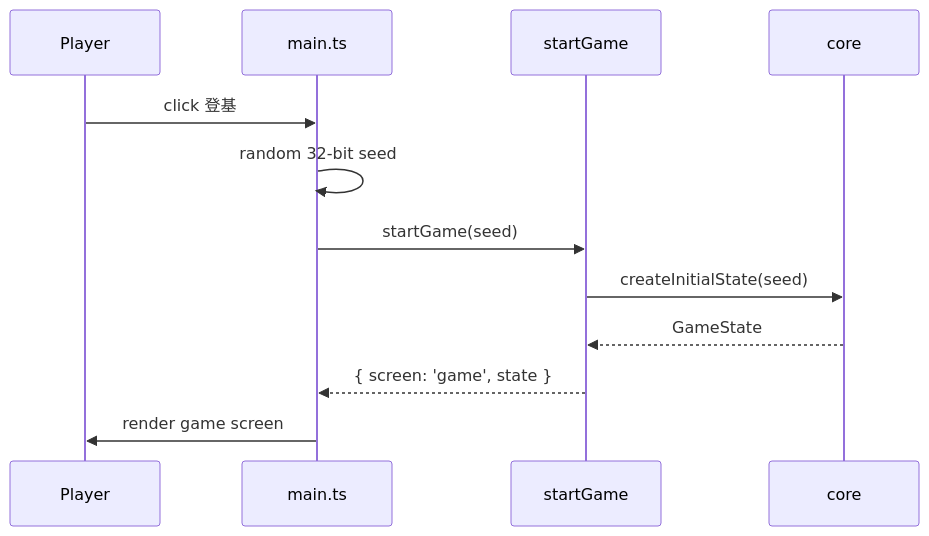
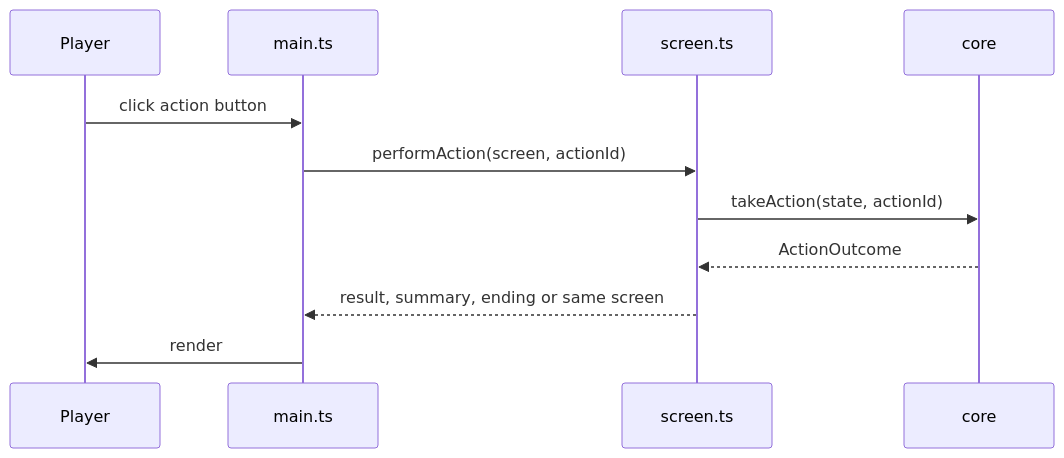
Before and after one commit to dcheng1248/agent-harness-test: the second of 2 diagrams in packages/web/ARCHITECTURE.md, drawn with Mermaid. The commit also changed other lines of this file and 5 other files, not shown here.

````diff
--- a/packages/web/ARCHITECTURE.md
+++ b/packages/web/ARCHITECTURE.md
@@ -27,14 +55,13 @@
 ```mermaid
 sequenceDiagram
   participant P as Player
   participant M as main.ts
-  participant W as startGame
+  participant S as screen.ts
   participant C as core
-  P->>M: click 登基
-  M->>M: random 32-bit seed
-  M->>W: startGame(seed)
-  W->>C: createInitialState(seed)
-  C-->>W: GameState
-  W-->>M: { screen: 'game', state }
-  M->>P: render game screen
+  P->>M: click action button
+  M->>S: performAction(screen, actionId)
+  S->>C: takeAction(state, actionId)
+  C-->>S: ActionOutcome
+  S-->>M: result, summary, ending or same screen
+  M->>P: render
 ```
````
